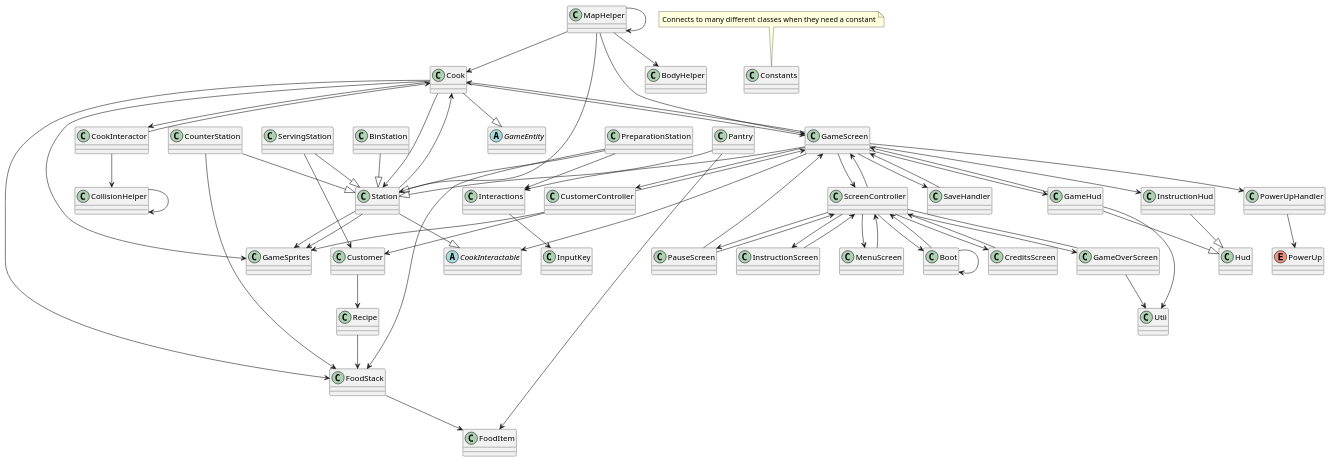
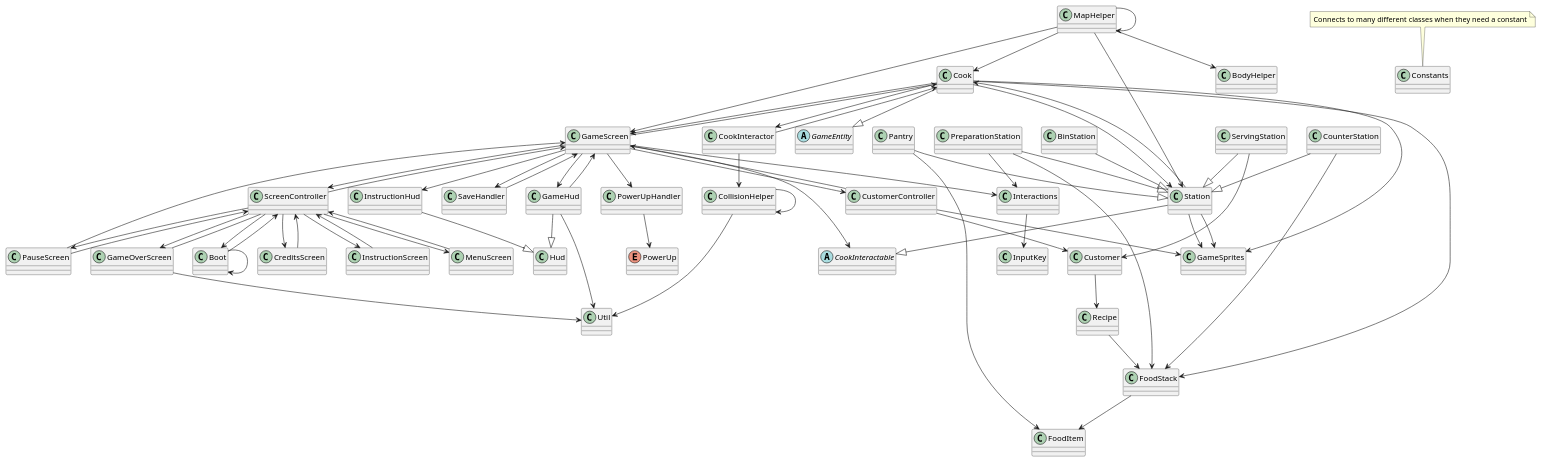
The diagram in ENG1/SUBMITTABLES/Architecture/plantumls/fullSystem.puml (ENG1-TEAM3/project_eng1_team3_A2), drawn with PlantUML before and after one commit.

Commit message:
Added change to uml

```diff
--- a/ENG1/SUBMITTABLES/Architecture/plantumls/fullSystem.puml
+++ b/ENG1/SUBMITTABLES/Architecture/plantumls/fullSystem.puml
@@ -1,148 +1,150 @@
 @startuml
 'https://plantuml.com/class-diagram
 
 
 class Cook
 class CookInteractor
 abstract class GameEntity
 
 class Customer
 class CustomerController
 
 class FoodItem
 class FoodStack
 class Recipe
 
 class Boot
 class CreditsScreen
 class GameOverScreen
 class GameOverScreen
 class GameSprites
 class InstructionScreen
 class MenuScreen
 class PauseScreen
 class ScreenController
 
 class BodyHelper
 class CollisionHelper
 class Constants
 note "Connects to many different classes when they need a constant" as n2
 n2 --> Constants
 class GameHud
 class Hud
 class InstructionHud
 class MapHelper
 class SaveHandler
 class Util
 
 class InputKey
 class Interactions
 
 enum PowerUp
 class PowerUpHandler
 
 class BinStation
 abstract class CookInteractable
 class CounterStation
 class Pantry
 class PreparationStation
 class ServingStation
 class Station
 
 
 Station --|> CookInteractable
 Pantry --|> Station
 BinStation --|> Station
 CounterStation --|> Station
 ServingStation --|> Station
 PreparationStation --|> Station
 
 CustomerController --> Customer
 Recipe --> FoodStack
 Cook --> CookInteractor
 Cook --|> GameEntity
 CookInteractor --> Cook
 Cook --> GameScreen
 
 Boot --> ScreenController
 Boot --> Boot
 ScreenController --> Boot
 
 ScreenController --> PauseScreen
 PauseScreen --> ScreenController
 
 ScreenController --> GameScreen
 GameScreen --> ScreenController
 
 ScreenController --> GameOverScreen
 GameOverScreen -- ScreenController
 
 ScreenController --> CreditsScreen
 CreditsScreen --> ScreenController
 
 ScreenController --> InstructionScreen
 InstructionScreen --> ScreenController
 
 PauseScreen --> GameScreen
 
 ScreenController --> MenuScreen
 MenuScreen --> ScreenController
 
 MapHelper --> MapHelper
 InstructionHud --|> Hud
 GameHud --|> Hud
 CollisionHelper --> CollisionHelper
 
 Interactions --> InputKey
 PowerUpHandler --> PowerUp
 
 GameScreen --> PowerUpHandler
 GameScreen --> CustomerController
 GameScreen --> SaveHandler
 GameScreen --> CookInteractable
 SaveHandler --> GameScreen
 CustomerController --> GameScreen
 
 GameScreen --> Cook
 
 MapHelper --> GameScreen
 
 GameScreen --> GameHud
 GameHud --> GameScreen
 MapHelper --> Station
 MapHelper --> Cook
 
 Customer --> Recipe
 ServingStation --> Customer
 FoodStack --> FoodItem
 GameScreen --> Interactions
 
 CounterStation --> FoodStack
 Pantry --> FoodItem
 
 
 GameOverScreen --> Util
 GameHud --> Util
 
 Cook --> GameSprites
 Station --> GameSprites
 CustomerController --> GameSprites
 
 Cook --> Station
 Cook --> FoodStack
 
 MapHelper --> BodyHelper
 
 CookInteractor --> CollisionHelper
 
 PreparationStation --> FoodStack
 Station --> Cook
 
 GameScreen --> InstructionHud
 
 Station --> GameSprites
 
 PreparationStation --> Interactions
 
+CollisionHelper --> Util
+
 
 @enduml
```
